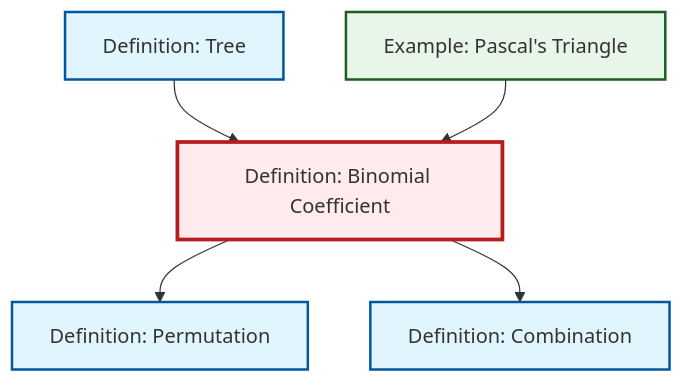
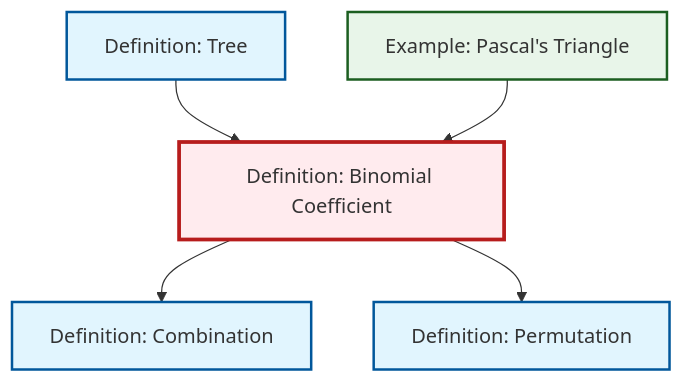
The diagram in content/en/combinatorics/def-binomial-coefficient.qmd (RK0429/ModernMath), drawn with Mermaid before and after one commit. The commit also changed other lines of this file and 360 other files, not shown here.

````diff
--- a/content/en/combinatorics/def-binomial-coefficient.qmd
+++ b/content/en/combinatorics/def-binomial-coefficient.qmd
@@ -63,23 +63,23 @@
 ```{mermaid}
 %%| fig-cap: "Local dependency graph"
 graph TD
     classDef definition fill:#e1f5fe,stroke:#01579b,stroke-width:2px
     classDef theorem fill:#f3e5f5,stroke:#4a148c,stroke-width:2px
     classDef axiom fill:#fff3e0,stroke:#e65100,stroke-width:2px
     classDef example fill:#e8f5e9,stroke:#1b5e20,stroke-width:2px
     classDef current fill:#ffebee,stroke:#b71c1c,stroke-width:3px
+    def-permutation["Definition: Permutation"]:::definition
+    def-tree["Definition: Tree"]:::definition
     def-combination["Definition: Combination"]:::definition
-    def-permutation["Definition: Permutation"]:::definition
+    ex-pascals-triangle["Example: Pascal's Triangle"]:::example
     def-binomial-coefficient["Definition: Binomial Coefficient"]:::definition
-    ex-pascals-triangle["Example: Pascal's Triangle"]:::example
-    def-tree["Definition: Tree"]:::definition
+    def-tree --> def-binomial-coefficient
+    def-binomial-coefficient --> def-combination
+    ex-pascals-triangle --> def-binomial-coefficient
     def-binomial-coefficient --> def-permutation
-    def-binomial-coefficient --> def-combination
-    def-tree --> def-binomial-coefficient
-    ex-pascals-triangle --> def-binomial-coefficient
     class def-binomial-coefficient current
+    click def-permutation "def-permutation.html" "Go to Permutation definition"
+    click def-tree "def-tree.html" "Go to Tree definition"
     click def-combination "def-combination.html" "Go to Combination definition"
-    click def-permutation "def-permutation.html" "Go to Permutation definition"
     click ex-pascals-triangle "ex-pascals-triangle.html" "Go to Pascal's Triangle example"
-    click def-tree "def-tree.html" "Go to Tree definition"
 ```
````
